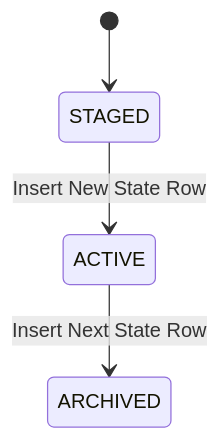
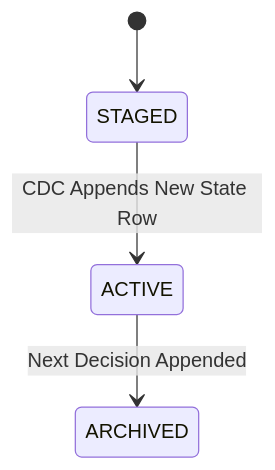
Before and after one commit to skeithnight/karsa: the third of 3 diagrams in docs/architecture/22-cio-engine.md, drawn with Mermaid. The commit also changed other lines of this file and 55 other files, not shown here.

````diff
--- a/docs/architecture/22-cio-engine.md
+++ b/docs/architecture/22-cio-engine.md
@@ -302,6 +244,6 @@
 ```mermaid
 stateDiagram-v2
     [*] --> STAGED
-    STAGED --> ACTIVE : Insert New State Row
-    ACTIVE --> ARCHIVED : Insert Next State Row
+    STAGED --> ACTIVE : CDC Appends New State Row
+    ACTIVE --> ARCHIVED : Next Decision Appended
 ```
````
